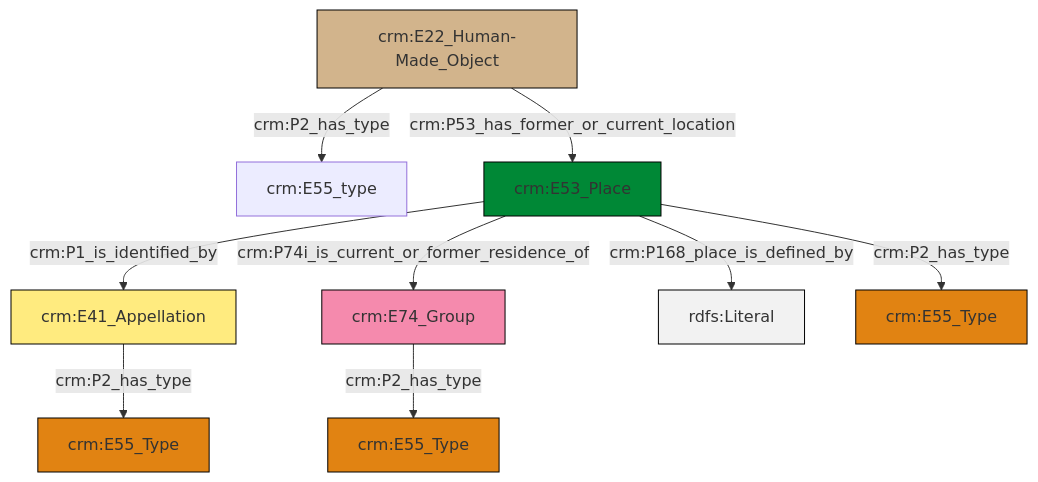
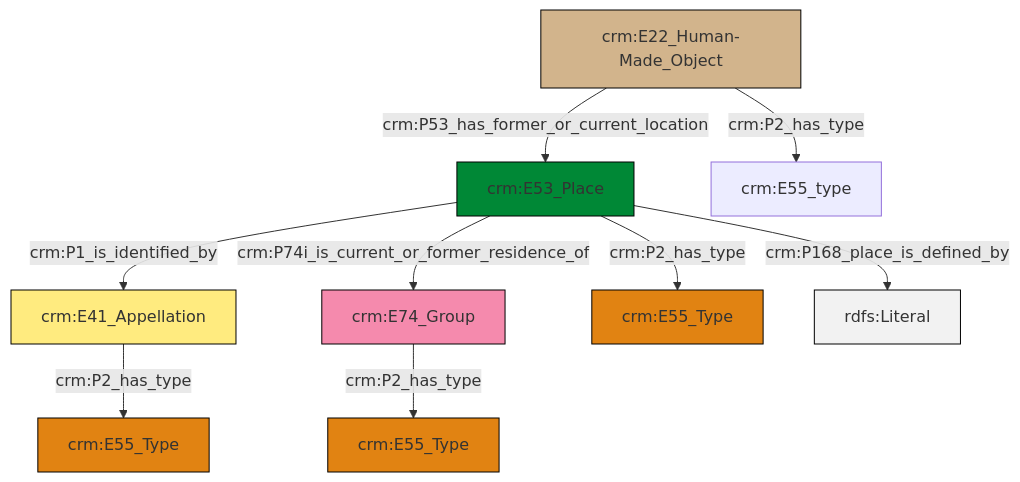
One commit to swiss-art-research-net/reference-data-models changed the diagram in et/artworkCSV/ttl/mmd/Artwork_Location.ttl.mmd. Above: the diagram before and after it, drawn with Mermaid. The commit also changed 129 other files, not shown here.

```diff
--- a/et/artworkCSV/ttl/mmd/Artwork_Location.ttl.mmd
+++ b/et/artworkCSV/ttl/mmd/Artwork_Location.ttl.mmd
@@ -1,23 +1,23 @@
 graph TD
 classDef Literal fill:#f2f2f2,stroke:#000000;
 classDef CRM_Entity fill:#FFFFFF,stroke:#000000;
 classDef Temporal_Entity fill:#00C9E6, stroke:#000000;
 classDef Type fill:#E18312, stroke:#000000;
 classDef Time-Span fill:#2C9C91, stroke:#000000;
 classDef Appellation fill:#FFEB7F, stroke:#000000;
 classDef Place fill:#008836, stroke:#000000;
 classDef Persistent_Item fill:#B266B2, stroke:#000000;
 classDef Conceptual_Object fill:#FFD700, stroke:#000000;
 classDef Physical_Thing fill:#D2B48C, stroke:#000000;
 classDef Actor fill:#f58aad, stroke:#000000;
 classDef PC_Classes fill:#4ce600, stroke:#000000;
 classDef Multi fill:#cccccc,stroke:#000000;
 
-4["crm:E74_Group"]:::Actor -->|crm:P2_has_type| 2["crm:E55_Type"]:::Type
-7["crm:E22_Human-Made_Object"]:::Physical_Thing -->|crm:P2_has_type| 0["crm:E55_type"]:::Default
-5["crm:E53_Place"]:::Place -->|crm:P168_place_is_defined_by| 10[rdfs:Literal]:::Literal
-5["crm:E53_Place"]:::Place -->|crm:P1_is_identified_by| 8["crm:E41_Appellation"]:::Appellation
-5["crm:E53_Place"]:::Place -->|crm:P74i_is_current_or_former_residence_of| 4["crm:E74_Group"]:::Actor
-8["crm:E41_Appellation"]:::Appellation -->|crm:P2_has_type| 13["crm:E55_Type"]:::Type
-7["crm:E22_Human-Made_Object"]:::Physical_Thing -->|crm:P53_has_former_or_current_location| 5["crm:E53_Place"]:::Place
-5["crm:E53_Place"]:::Place -->|crm:P2_has_type| 11["crm:E55_Type"]:::Type
+0["crm:E53_Place"]:::Place -->|crm:P1_is_identified_by| 1["crm:E41_Appellation"]:::Appellation
+2["crm:E74_Group"]:::Actor -->|crm:P2_has_type| 3["crm:E55_Type"]:::Type
+0["crm:E53_Place"]:::Place -->|crm:P2_has_type| 5["crm:E55_Type"]:::Type
+0["crm:E53_Place"]:::Place -->|crm:P168_place_is_defined_by| 10[rdfs:Literal]:::Literal
+1["crm:E41_Appellation"]:::Appellation -->|crm:P2_has_type| 11["crm:E55_Type"]:::Type
+7["crm:E22_Human-Made_Object"]:::Physical_Thing -->|crm:P2_has_type| 12["crm:E55_type"]:::Default
+7["crm:E22_Human-Made_Object"]:::Physical_Thing -->|crm:P53_has_former_or_current_location| 0["crm:E53_Place"]:::Place
+0["crm:E53_Place"]:::Place -->|crm:P74i_is_current_or_former_residence_of| 2["crm:E74_Group"]:::Actor
```
